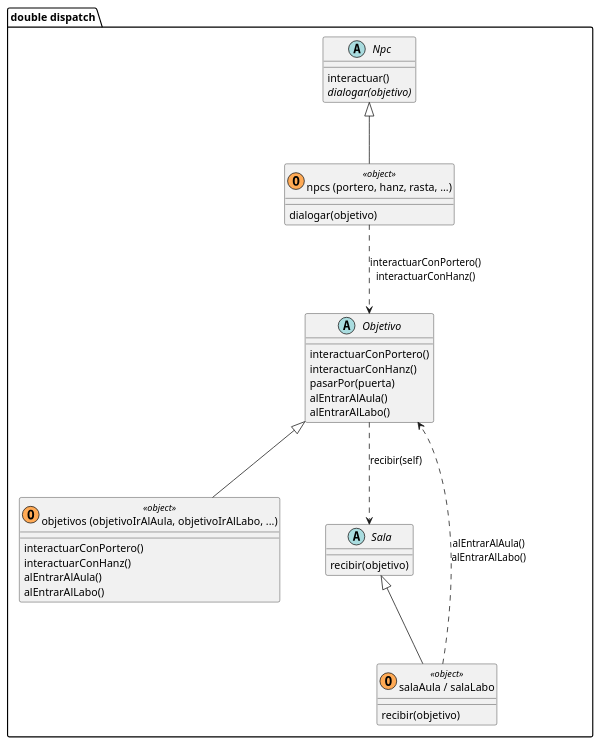
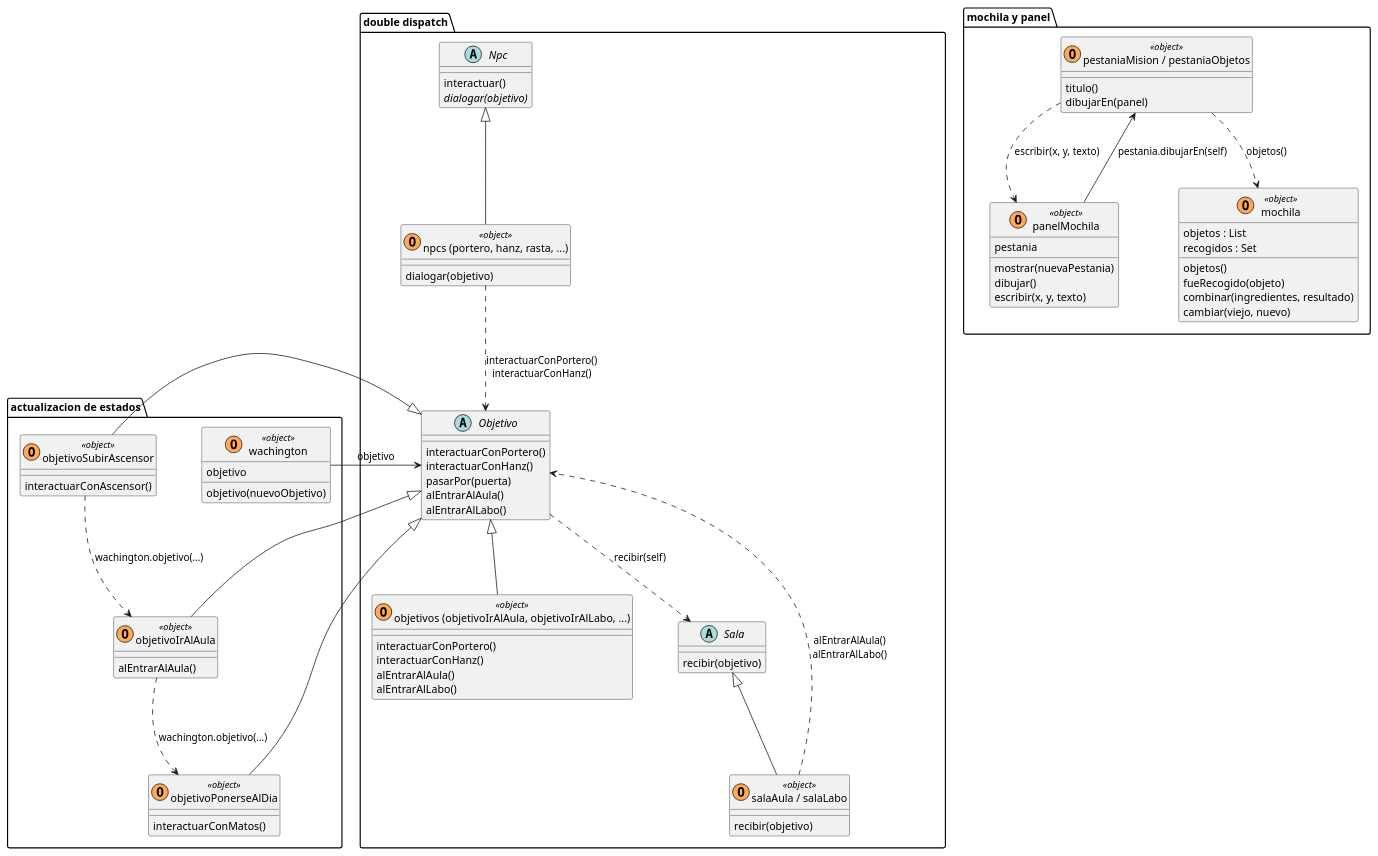
Before and after one commit to pdep-mit/tp-wg-2026-poder-Los_pollos_hermanos: the diagram in Diagrama/diagrama.puml, drawn with PlantUML.

Commit message:
diagramita con los temas a priori más interesantes

```diff
--- a/Diagrama/diagrama.puml
+++ b/Diagrama/diagrama.puml
@@ -1,48 +1,102 @@
 @startuml Juego
 
 skinparam nodesep 60
 skinparam ranksep 80
 
 package "double dispatch" {
   abstract class Npc {
     interactuar()
     {abstract} dialogar(objetivo)
   }
 
   class "npcs (portero, hanz, rasta, ...)" as npcs <<(O,#FFAA55) object>> {
     dialogar(objetivo)
   }
 
   abstract class Objetivo {
     interactuarConPortero()
     interactuarConHanz()
     pasarPor(puerta)
     alEntrarAlAula()
     alEntrarAlLabo()
   }
 
   class "objetivos (objetivoIrAlAula, objetivoIrAlLabo, ...)" as objetivos <<(O,#FFAA55) object>> {
     interactuarConPortero()
     interactuarConHanz()
     alEntrarAlAula()
     alEntrarAlLabo()
   }
 
   abstract class Sala {
     recibir(objetivo)
   }
 
   class "salaAula / salaLabo" as salas <<(O,#FFAA55) object>> {
     recibir(objetivo)
   }
 }
 
+package "actualizacion de estados" {
+  class wachington <<(O,#FFAA55) object>> {
+    objetivo
+    objetivo(nuevoObjetivo)
+  }
+
+  class objetivoSubirAscensor <<(O,#FFAA55) object>> {
+    interactuarConAscensor()
+  }
+
+  class objetivoIrAlAula <<(O,#FFAA55) object>> {
+    alEntrarAlAula()
+  }
+
+  class objetivoPonerseAlDia <<(O,#FFAA55) object>> {
+    interactuarConMatos()
+  }
+}
+
+package "mochila y panel" {
+  class mochila <<(O,#FFAA55) object>> {
+    objetos : List
+    recogidos : Set
+    objetos()
+    fueRecogido(objeto)
+    combinar(ingredientes, resultado)
+    cambiar(viejo, nuevo)
+  }
+
+  class panelMochila <<(O,#FFAA55) object>> {
+    pestania
+    mostrar(nuevaPestania)
+    dibujar()
+    escribir(x, y, texto)
+  }
+
+  class "pestaniaMision / pestaniaObjetos" as pestanias <<(O,#FFAA55) object>> {
+    titulo()
+    dibujarEn(panel)
+  }
+}
+
 Npc <|-- npcs
 Objetivo <|-- objetivos
 Sala <|-- salas
 
 npcs ..> Objetivo : interactuarConPortero()\ninteractuarConHanz()
 Objetivo ..> Sala : recibir(self)
 salas ..> Objetivo : alEntrarAlAula()\nalEntrarAlLabo()
 
+Objetivo <|-- objetivoSubirAscensor
+Objetivo <|-- objetivoIrAlAula
+Objetivo <|-- objetivoPonerseAlDia
+
+wachington --> Objetivo : objetivo
+objetivoSubirAscensor ..> objetivoIrAlAula : wachington.objetivo(...)
+objetivoIrAlAula ..> objetivoPonerseAlDia : wachington.objetivo(...)
+
+panelMochila --> pestanias : pestania.dibujarEn(self)
+pestanias ..> panelMochila : escribir(x, y, texto)
+pestanias ..> mochila : objetos()
+
 @enduml
```
